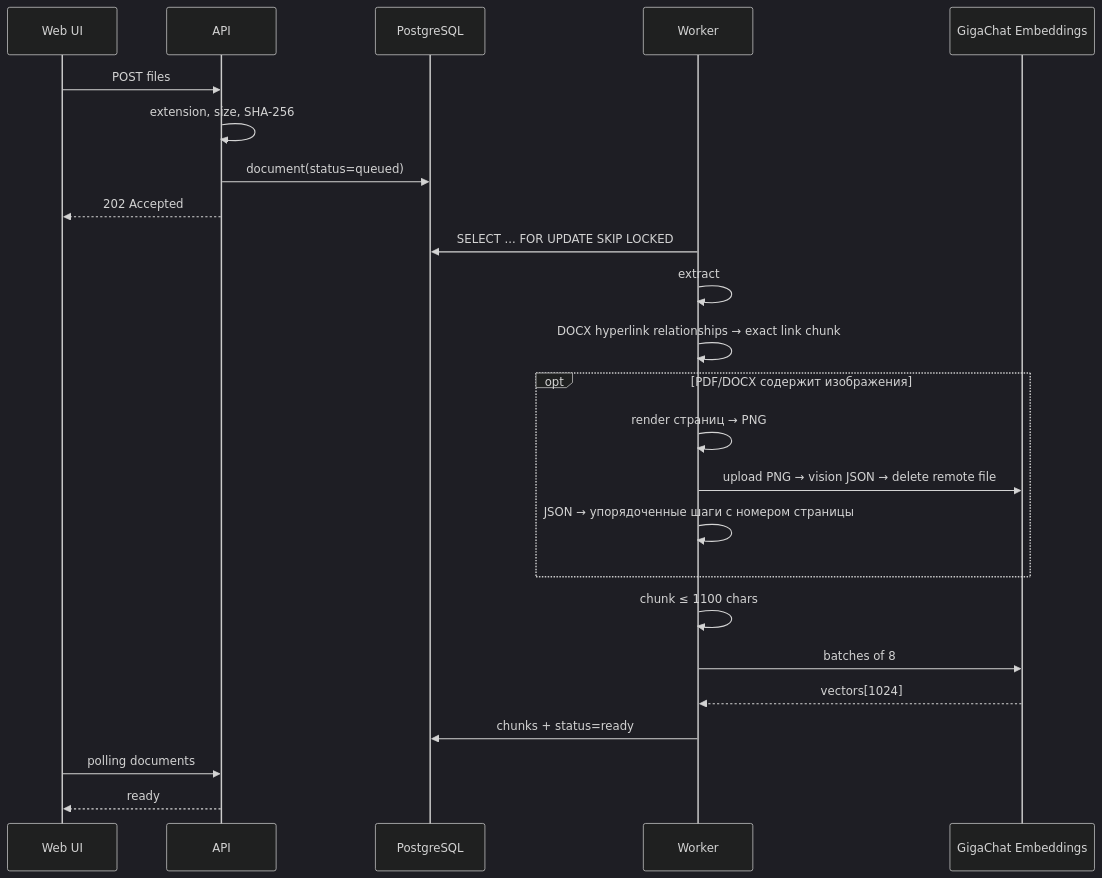
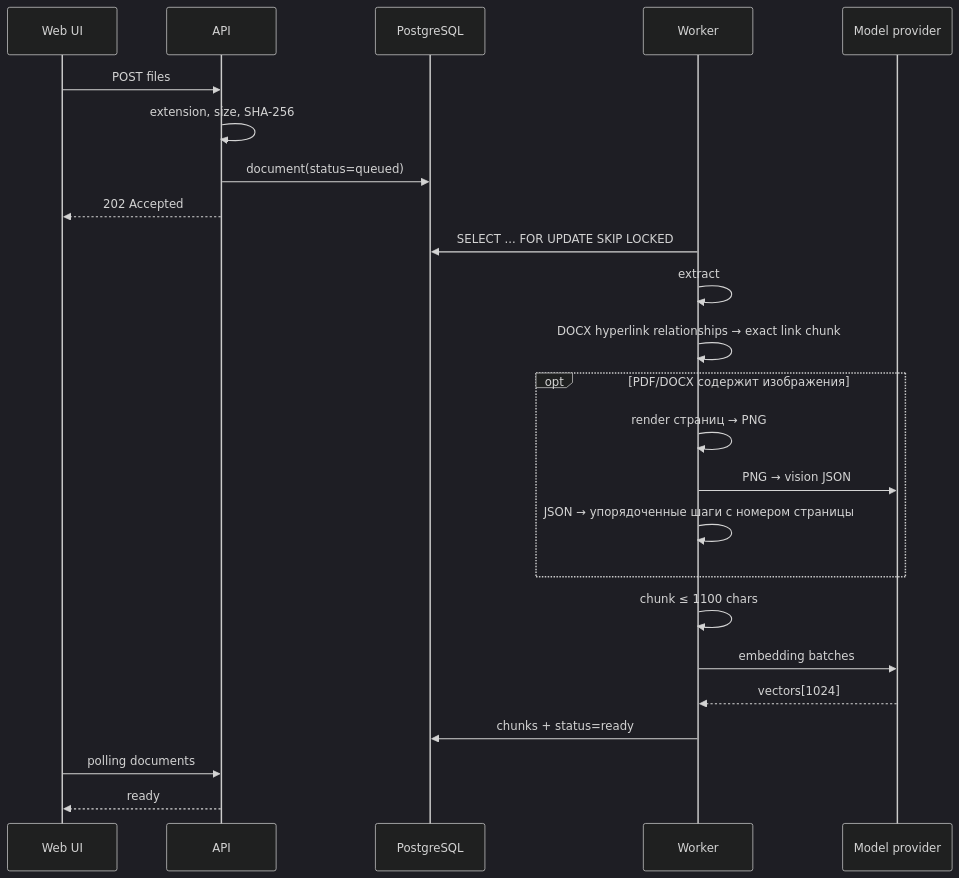
One commit to TBWTK/corporate-rag changed the third of 4 diagrams in docs/ARCHITECTURE.md. Above: the diagram before and after it, drawn with Mermaid (dark theme). The commit also changed other lines of this file and 22 other files, not shown here.

````diff
--- a/docs/ARCHITECTURE.md
+++ b/docs/ARCHITECTURE.md
@@ -79,26 +86,26 @@
 ```mermaid
 sequenceDiagram
   participant U as Web UI
   participant A as API
   participant D as PostgreSQL
   participant W as Worker
-  participant G as GigaChat Embeddings
+  participant M as Model provider
   U->>A: POST files
   A->>A: extension, size, SHA-256
   A->>D: document(status=queued)
   A-->>U: 202 Accepted
   W->>D: SELECT ... FOR UPDATE SKIP LOCKED
   W->>W: extract
   W->>W: DOCX hyperlink relationships → exact link chunk
   opt PDF/DOCX содержит изображения
     W->>W: render страниц → PNG
-    W->>G: upload PNG → vision JSON → delete remote file
+    W->>M: PNG → vision JSON
     W->>W: JSON → упорядоченные шаги с номером страницы
   end
   W->>W: chunk ≤ 1100 chars
-  W->>G: batches of 8
-  G-->>W: vectors[1024]
+  W->>M: embedding batches
+  M-->>W: vectors[1024]
   W->>D: chunks + status=ready
   U->>A: polling documents
   A-->>U: ready
 ```
````
